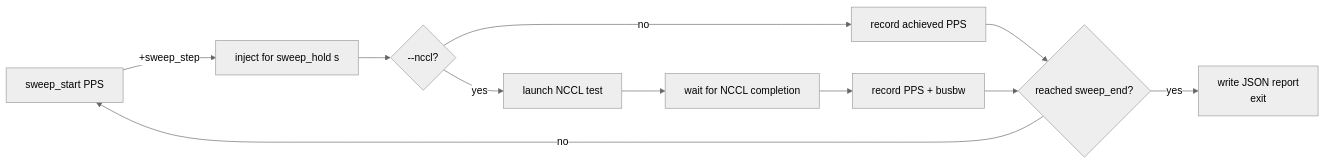
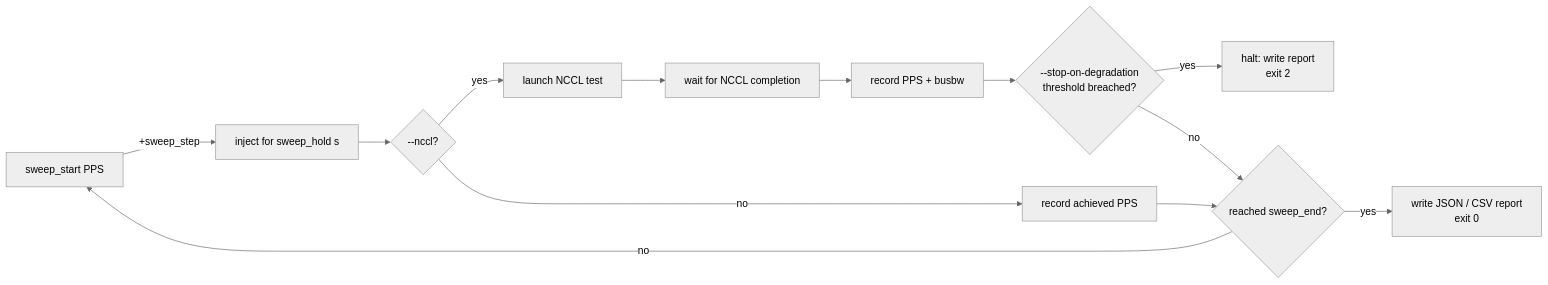
The eighth of 10 diagrams in README.md (mstits/Basidium), drawn with Mermaid (neutral theme) before and after one commit. The commit also changed other lines of this file and 11 other files, not shown here.

````diff
--- a/README.md
+++ b/README.md
@@ -539,13 +644,15 @@
 ```mermaid
 flowchart LR
     A[sweep_start PPS] -->|+sweep_step| B[inject for sweep_hold s]
     B --> N{--nccl?}
     N -->|yes| F[launch NCCL test]
     F --> G[wait for NCCL completion]
     G --> H[record PPS + busbw]
+    H --> SOD{"--stop-on-degradation<br/>threshold breached?"}
+    SOD -->|yes| HALT["halt: write report<br/>exit 2"]
+    SOD -->|no| C
     N -->|no| E[record achieved PPS]
     E --> C{reached sweep_end?}
-    H --> C
     C -->|no| A
-    C -->|yes| D["write JSON report<br/>exit"]
+    C -->|yes| D["write JSON / CSV report<br/>exit 0"]
 ```
````
